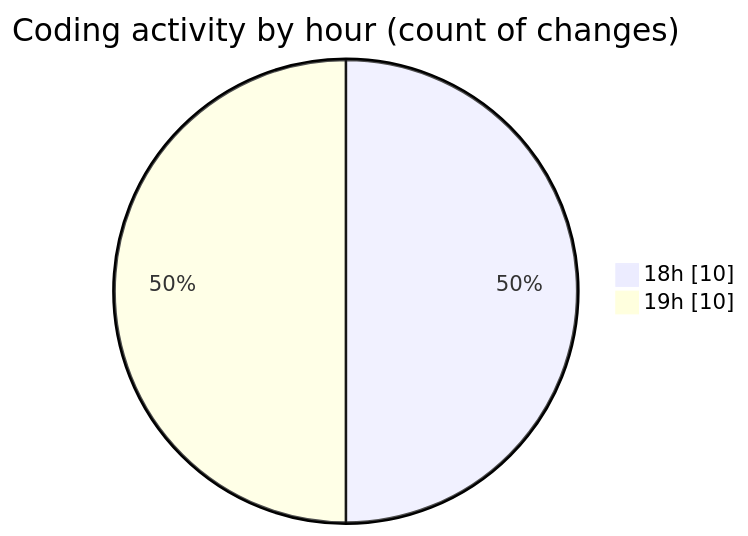
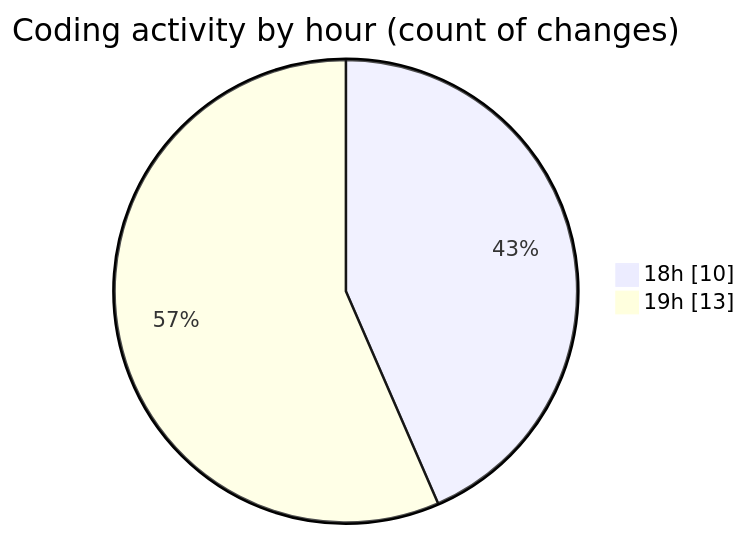
One commit to Netris89/code-tracking changed the second of 2 diagrams in 2025-03-29/back-end/README.md. Above: the diagram before and after it, drawn with Mermaid. The commit also changed other lines of this file and 1 other file, not shown here.

````diff
--- a/2025-03-29/back-end/README.md
+++ b/2025-03-29/back-end/README.md
@@ -28,6 +28,6 @@
 ```mermaid
 pie showData
 title Coding activity by hour (count of changes)
 "18h" : 10
-"19h" : 10
+"19h" : 13
 ```
````
